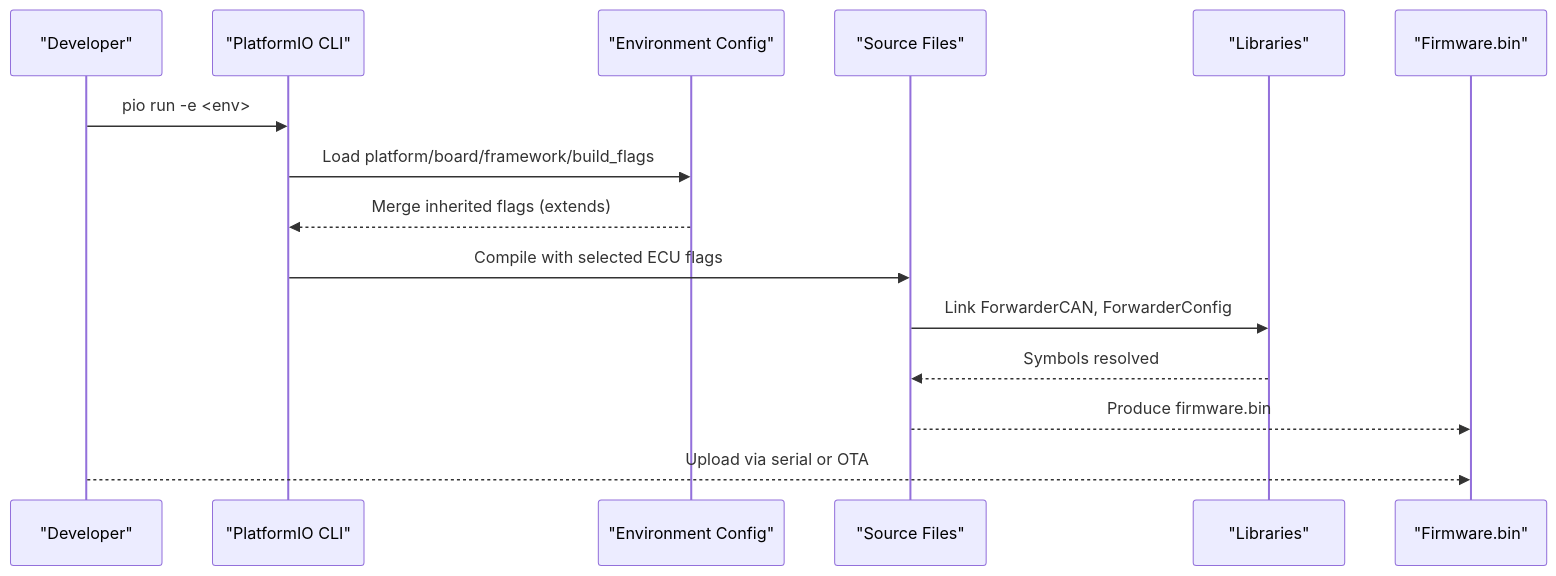
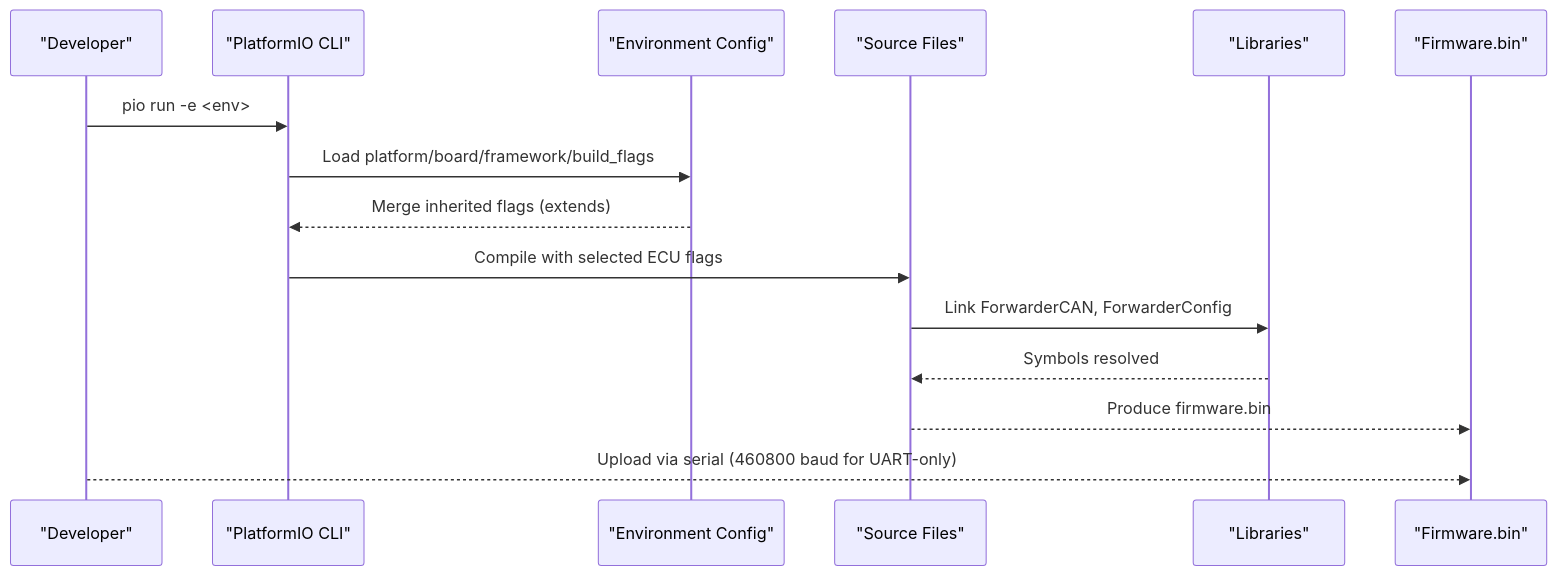
Before and after one commit to gunicsba/ESP_CAN_ECU_joystick_collection: the second of 8 diagrams in .qoder/repowiki/en/content/Software Architecture/Build System Configuration.md, drawn with Mermaid. The commit also changed other lines of this file and 10 other files, not shown here.

````diff
--- a/.qoder/repowiki/en/content/Software Architecture/Build System Configuration.md
+++ b/.qoder/repowiki/en/content/Software Architecture/Build System Configuration.md
@@ -126,17 +124,17 @@
 ```mermaid
 sequenceDiagram
 participant Dev as "Developer"
 participant PIO as "PlatformIO CLI"
 participant Env as "Environment Config"
 participant Src as "Source Files"
 participant Lib as "Libraries"
 participant FW as "Firmware.bin"
 Dev->>PIO : pio run -e <env>
 PIO->>Env : Load platform/board/framework/build_flags
 Env-->>PIO : Merge inherited flags (extends)
 PIO->>Src : Compile with selected ECU flags
 Src->>Lib : Link ForwarderCAN, ForwarderConfig
 Lib-->>Src : Symbols resolved
 Src-->>FW : Produce firmware.bin
-Dev-->>FW : Upload via serial or OTA
+Dev-->>FW : Upload via serial (460800 baud for UART-only)
 ```
````
